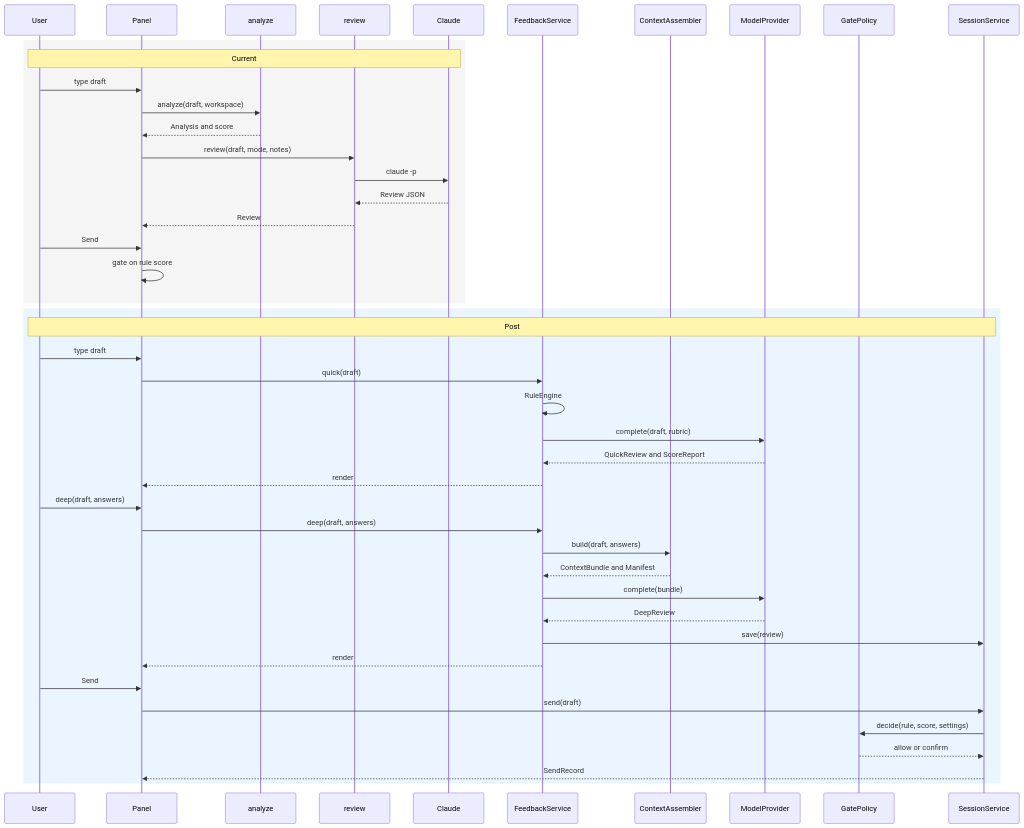
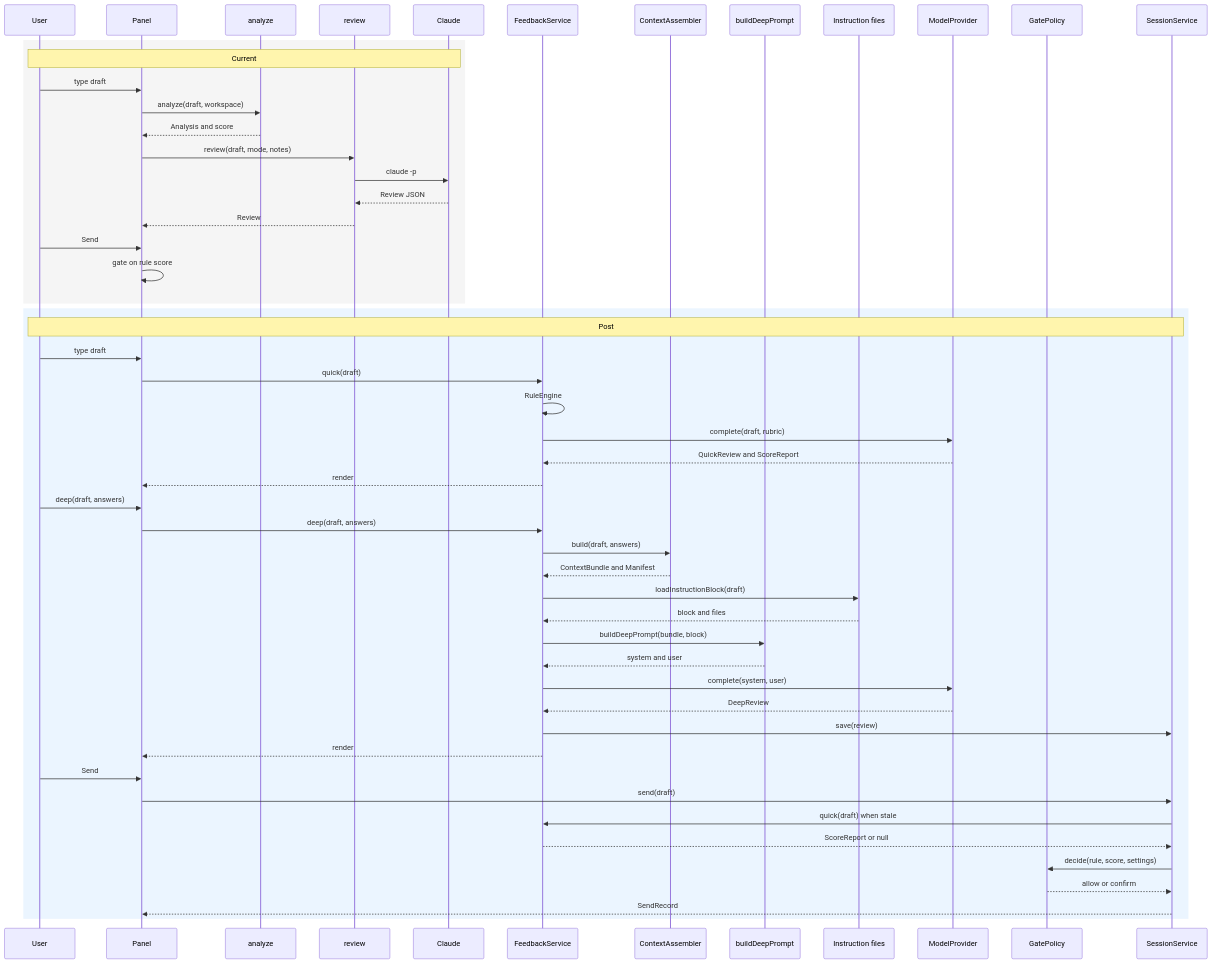
One commit to Diekgbbtt/Preflight changed the third of 4 diagrams in docs/LLD.md. Above: the diagram before and after it, drawn with Mermaid. The commit also changed other lines of this file, not shown here.

Commit message:
Add context, session, profile, and fresh-score views to LLD

````diff
--- a/docs/LLD.md
+++ b/docs/LLD.md
@@ -69,47 +76,55 @@
 ```mermaid
 sequenceDiagram
   participant U as User
   participant P as Panel
   participant A as analyze
   participant R as review
   participant C as Claude
   participant F as FeedbackService
   participant X as ContextAssembler
+  participant D as buildDeepPrompt
+  participant I as Instruction files
   participant M as ModelProvider
   participant G as GatePolicy
   participant S as SessionService
   rect rgb(245,245,245)
     Note over U,C: Current
     U->>P: type draft
     P->>A: analyze(draft, workspace)
     A-->>P: Analysis and score
     P->>R: review(draft, mode, notes)
     R->>C: claude -p
     C-->>R: Review JSON
     R-->>P: Review
     U->>P: Send
     P->>P: gate on rule score
   end
   rect rgb(235,245,255)
     Note over U,S: Post
     U->>P: type draft
     P->>F: quick(draft)
     F->>F: RuleEngine
     F->>M: complete(draft, rubric)
     M-->>F: QuickReview and ScoreReport
     F-->>P: render
     U->>P: deep(draft, answers)
     P->>F: deep(draft, answers)
     F->>X: build(draft, answers)
     X-->>F: ContextBundle and Manifest
-    F->>M: complete(bundle)
+    F->>I: loadInstructionBlock(draft)
+    I-->>F: block and files
+    F->>D: buildDeepPrompt(bundle, block)
+    D-->>F: system and user
+    F->>M: complete(system, user)
     M-->>F: DeepReview
     F->>S: save(review)
     F-->>P: render
     U->>P: Send
     P->>S: send(draft)
+    S->>F: quick(draft) when stale
+    F-->>S: ScoreReport or null
     S->>G: decide(rule, score, settings)
     G-->>S: allow or confirm
     S-->>P: SendRecord
   end
 ```
````
